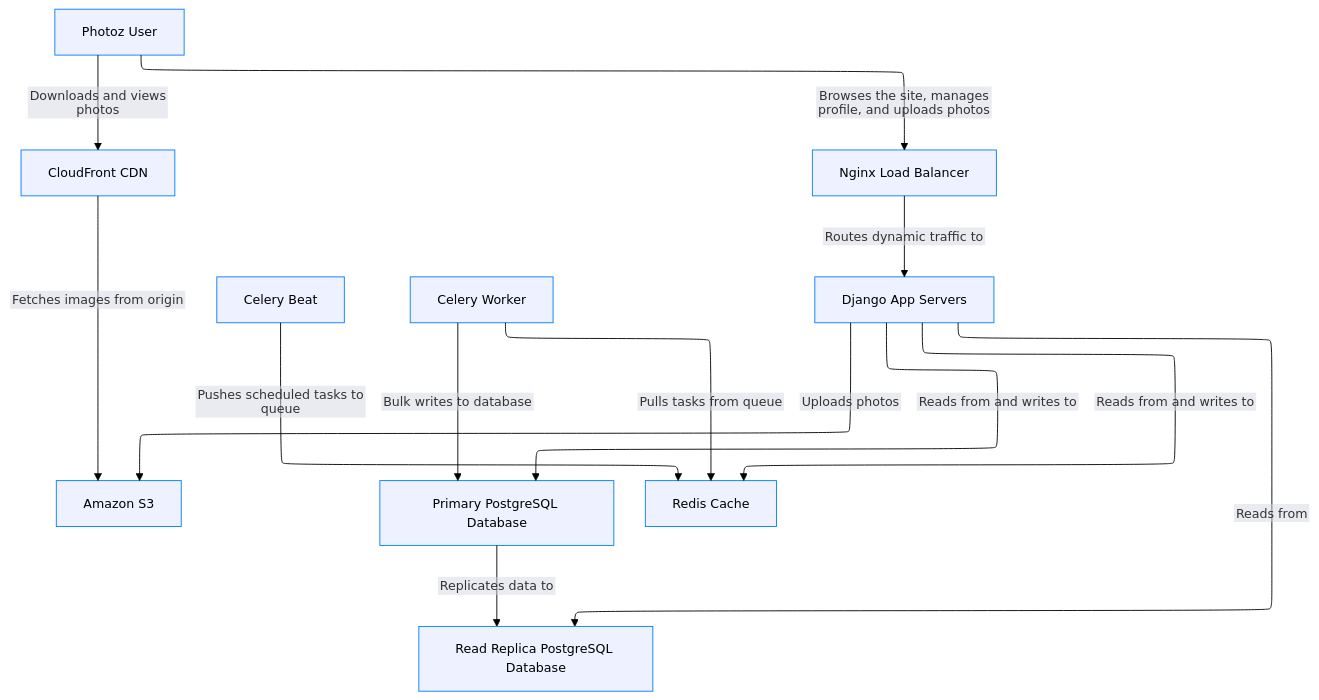
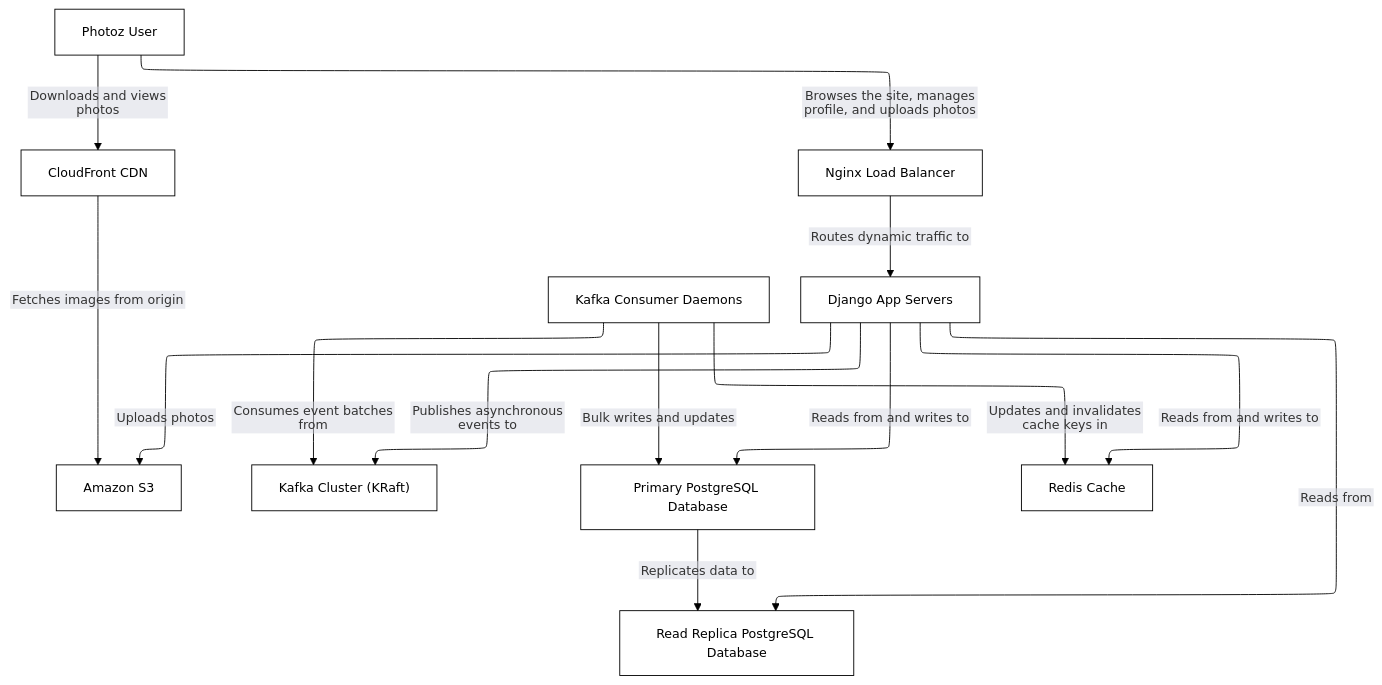
The diagram in photoz/architecture/docs/docs/index.md (msdeep14/systemdesign-from-scratch), drawn with Mermaid before and after one commit. The commit also changed other lines of this file and 7 other files, not shown here.

Commit message:
updated c4 and calm photoz architecture diagrams

````diff
--- a/photoz/architecture/docs/docs/index.md
+++ b/photoz/architecture/docs/docs/index.md
@@ -14,46 +14,47 @@
 ```mermaid
 ---
 config:
   theme: base
   themeVariables:
     fontFamily: -apple-system, BlinkMacSystemFont, 'Segoe WPC', 'Segoe UI', system-ui, 'Ubuntu', sans-serif
     darkMode: false
     fontSize: 14px
     edgeLabelBackground: '#d5d7e1'
     lineColor: '#000000'
 ---
 %%{init: {"layout": "elk", "flowchart": {"htmlLabels": false}}}%%
 flowchart TB
-classDef boundary fill:#e1e4f0,stroke:#204485,stroke-dasharray: 5 4,stroke-width:1px,color:#000000;
-classDef node fill:#eef1ff,stroke:#007dff,stroke-width:1px,color:#000000;
-classDef iface fill:#f0f0f0,stroke:#b6b6b6,stroke-width:1px,font-size:10px,color:#000000;
-classDef highlight fill:#fdf7ec,stroke:#f0c060,stroke-width:1px,color:#000000;
+classDef boundary fill:#ffffff,stroke:#000000,stroke-dasharray: 5 4,stroke-width:1px,color:#000000;
+classDef node fill:#ffffff,stroke:#000000,stroke-width:1px,color:#000000;
+classDef iface fill:#ffffff,stroke:#000000,stroke-width:1px,font-size:10px,color:#000000;
+classDef highlight fill:#ffffff,stroke:#000000,stroke-width:1px,color:#000000;
 
 
     s3["Amazon S3"]:::node
-    celery-beat["Celery Beat"]:::node
-    celery-worker["Celery Worker"]:::node
+    kafka-cluster["Kafka Cluster (KRaft)"]:::node
+    kafka-consumers["Kafka Consumer Daemons"]:::node
     cdn["CloudFront CDN"]:::node
     web-app["Django App Servers"]:::node
     load-balancer["Nginx Load Balancer"]:::node
     node_end-user["Photoz User"]:::node
     primary-db["Primary PostgreSQL Database"]:::node
     replica-db["Read Replica PostgreSQL Database"]:::node
     cache["Redis Cache"]:::node
 
     load-balancer -->|Routes dynamic traffic to| web-app
     web-app -->|Reads from and writes to| primary-db
     web-app -->|Reads from| replica-db
     primary-db -->|Replicates data to| replica-db
     web-app -->|Reads from and writes to| cache
     web-app -->|Uploads photos| s3
     cdn -->|Fetches images from origin| s3
     node_end-user -->|Browses the site, manages profile, and uploads photos| load-balancer
     node_end-user -->|Downloads and views photos| cdn
-    celery-beat -->|Pushes scheduled tasks to queue| cache
-    celery-worker -->|Pulls tasks from queue| cache
-    celery-worker -->|Bulk writes to database| primary-db
+    web-app -->|Publishes asynchronous events to| kafka-cluster
+    kafka-consumers -->|Consumes event batches from| kafka-cluster
+    kafka-consumers -->|Bulk writes and updates| primary-db
+    kafka-consumers -->|Updates and invalidates cache keys in| cache
 
 
 
 ```
````
